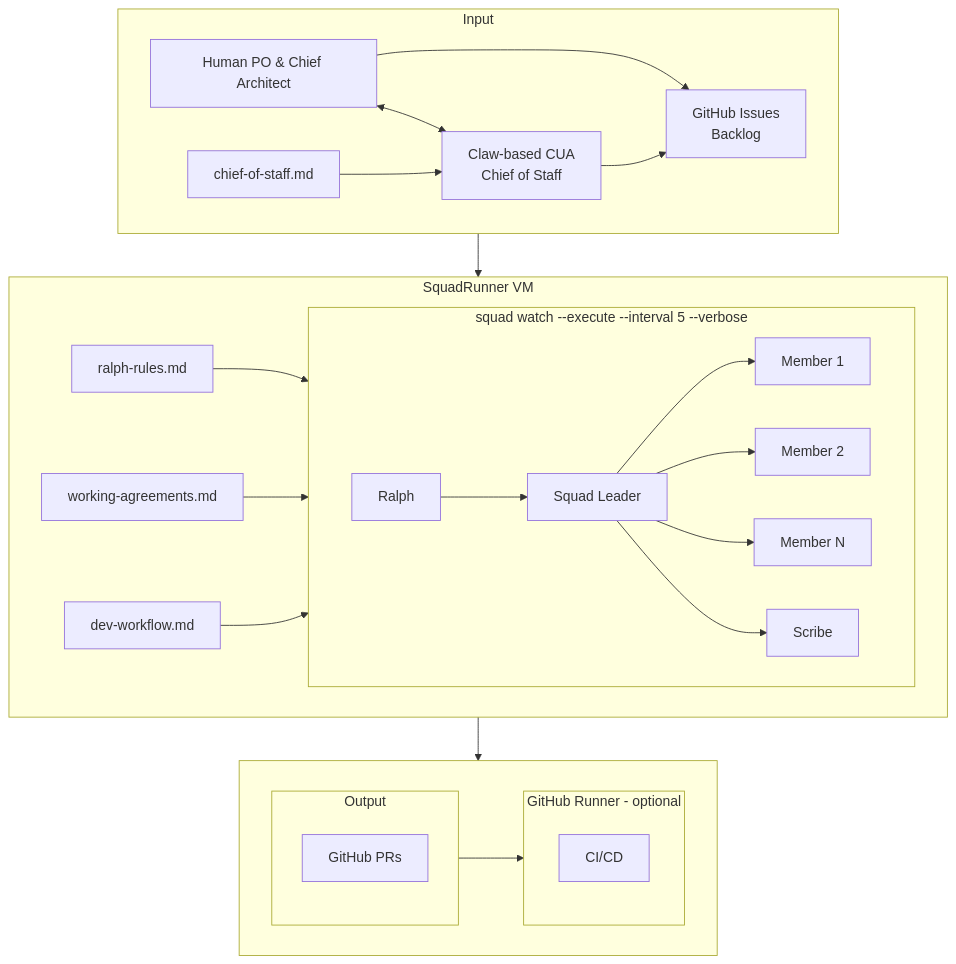
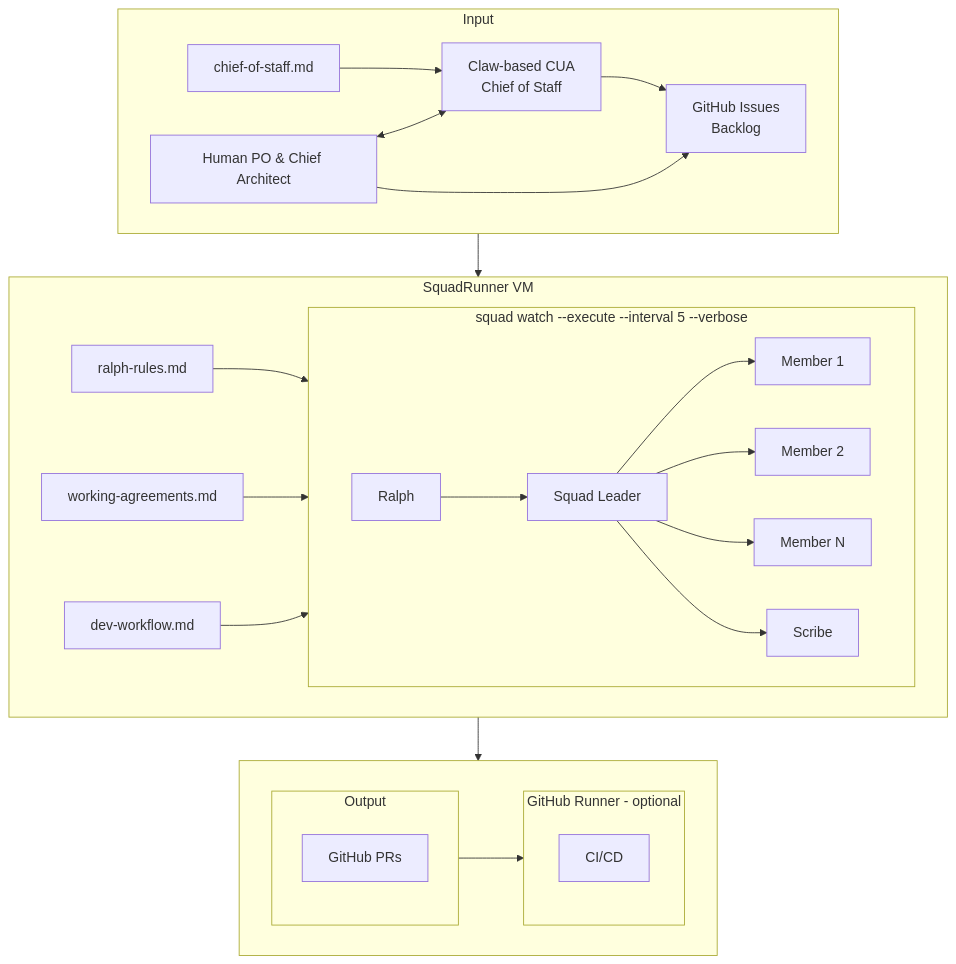
The diagram in README.md (TheeUnderdog/SquadRunner), drawn with Mermaid before and after one commit. The commit also changed other lines of this file, not shown here.

Commit message:
Force vertical alignment Human -> CUA
Use & syntax for parallel arrows to GitHub

````diff
--- a/README.md
+++ b/README.md
@@ -9,43 +9,37 @@
 ```mermaid
 flowchart TD
     subgraph Input
-        H[Human PO & Chief Architect]
-        COS[chief-of-staff.md]
-        CUA[Claw-based CUA<br/>Chief of Staff]
-        GH[GitHub Issues<br/>Backlog]
-        
-        H <--> CUA
-        COS --> CUA
-        H --> GH
-        CUA --> GH
+        COS[chief-of-staff.md] --> CUA
+        H[Human PO & Chief Architect] <--> CUA[Claw-based CUA<br/>Chief of Staff]
+        H & CUA --> GH[GitHub Issues<br/>Backlog]
     end
     
     Input --> VM
     
     subgraph VM[SquadRunner VM]
         RR[ralph-rules.md] --> SW
         WA[working-agreements.md] --> SW
         DW[dev-workflow.md] --> SW
         subgraph SW[squad watch --execute --interval 5 --verbose]
             direction LR
             R[Ralph] --> SL[Squad Leader]
             SL --> M1[Member 1]
             SL --> M2[Member 2]
             SL --> MN[Member N]
             SL --> SC[Scribe]
         end
     end
     
     VM --> Bottom
     
     subgraph Bottom[ ]
         direction LR
         subgraph Output
             PR[GitHub PRs]
         end
         Output --> Runner
         subgraph Runner[GitHub Runner - optional]
             CI[CI/CD]
         end
     end
 ```
````
